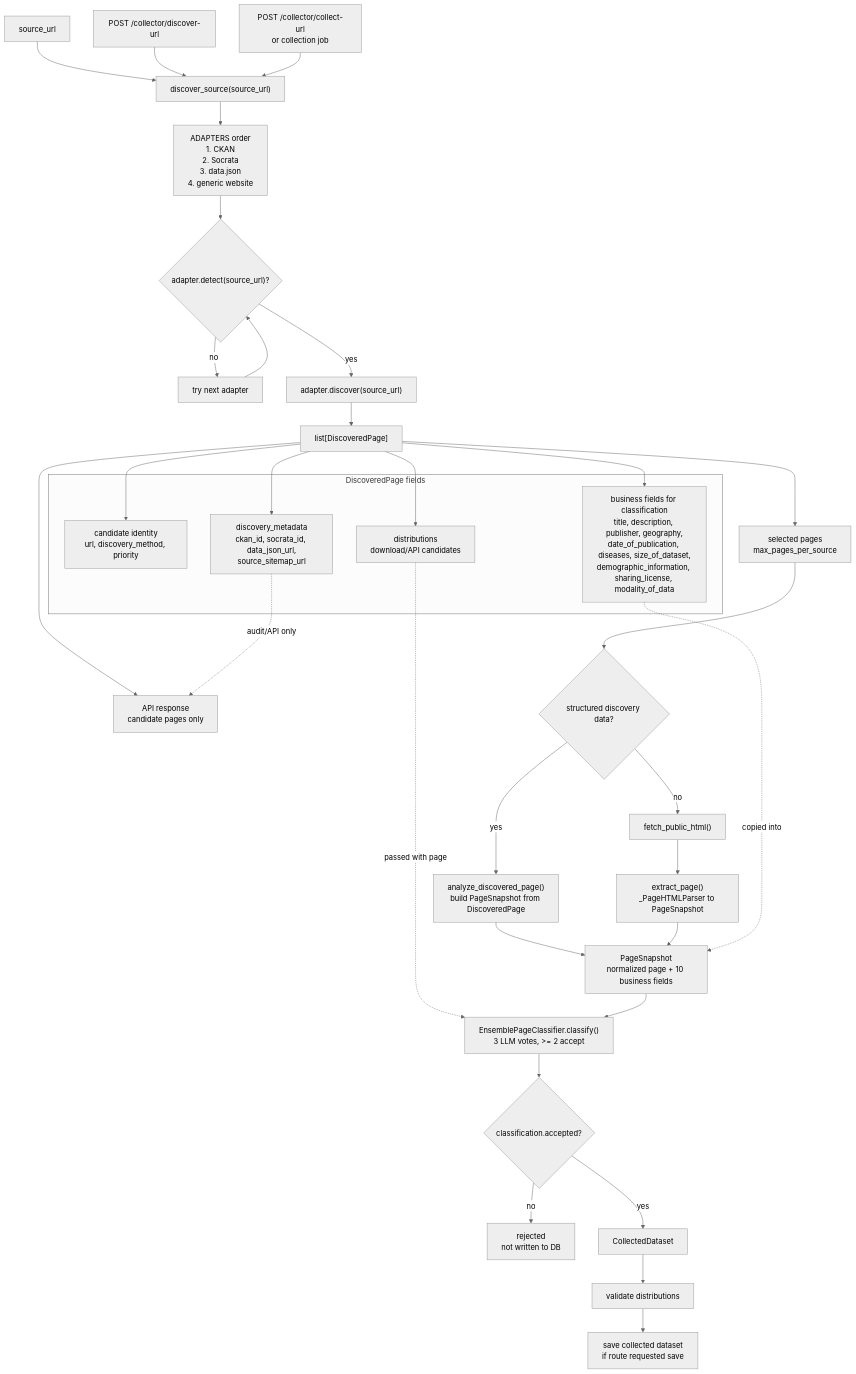
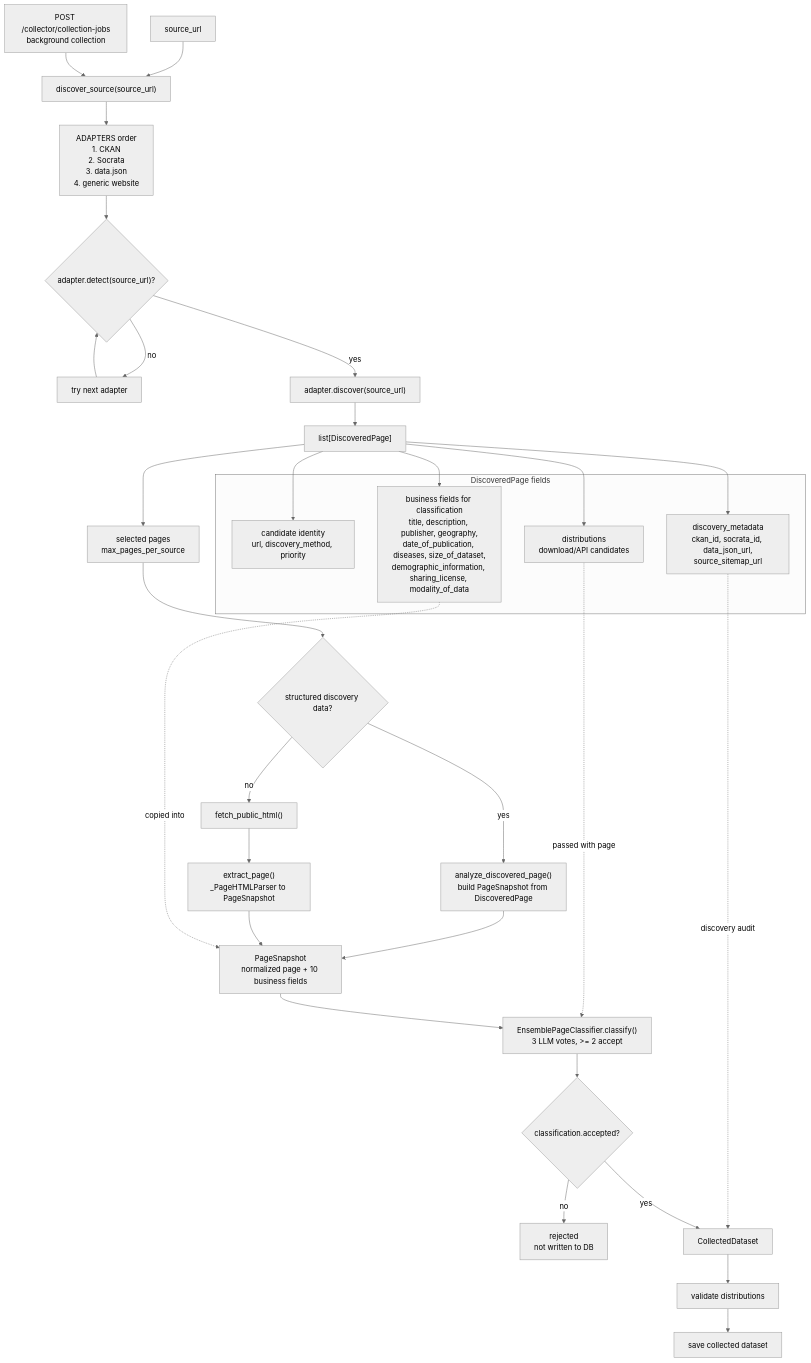
Before and after one commit to nicolasberlin/global-health-dataset-catalog: the fifth of 6 diagrams in docs/collector-pipeline-diagram.md, drawn with Mermaid (neutral theme). The commit also changed other lines of this file and 48 other files, not shown here.

````diff
--- a/docs/collector-pipeline-diagram.md
+++ b/docs/collector-pipeline-diagram.md
@@ -289,58 +264,53 @@
 ```mermaid
 flowchart TD
     SourceURL["source_url"]
     DiscoverSource["discover_source(source_url)"]
     AdapterOrder["ADAPTERS order<br/>1. CKAN<br/>2. Socrata<br/>3. data.json<br/>4. generic website"]
     Detect{"adapter.detect(source_url)?"}
     NextAdapter["try next adapter"]
     Discover["adapter.discover(source_url)"]
     DiscoveredPages["list[DiscoveredPage]"]
 
     SourceURL --> DiscoverSource --> AdapterOrder --> Detect
     Detect -- "no" --> NextAdapter --> Detect
     Detect -- "yes" --> Discover --> DiscoveredPages
 
     subgraph AdapterOutputs["DiscoveredPage fields"]
         CandidateIdentity["candidate identity<br/>url, discovery_method, priority"]
         BusinessFields["business fields for classification<br/>title, description, publisher, geography,<br/>date_of_publication, diseases, size_of_dataset,<br/>demographic_information, sharing_license, modality_of_data"]
         DistributionFields["distributions<br/>download/API candidates"]
         DiscoveryMetadata["discovery_metadata<br/>ckan_id, socrata_id, data_json_url,<br/>source_sitemap_url"]
     end
 
     DiscoveredPages --> CandidateIdentity
     DiscoveredPages --> BusinessFields
     DiscoveredPages --> DistributionFields
     DiscoveredPages --> DiscoveryMetadata
 
-    DiscoverRoute["POST /collector/discover-url"]
-    DiscoveryResponse["API response<br/>candidate pages only"]
-    CollectRoute["POST /collector/collect-url<br/>or collection job"]
+    CollectionJob["POST /collector/collection-jobs<br/>background collection"]
     SelectPages["selected pages<br/>max_pages_per_source"]
     StructuredCheck{"structured discovery data?"}
     DirectSnapshot["analyze_discovered_page()<br/>build PageSnapshot from DiscoveredPage"]
     FetchHTML["fetch_public_html()"]
     ExtractHTML["extract_page()<br/>_PageHTMLParser to PageSnapshot"]
     PageSnapshot["PageSnapshot<br/>normalized page + 10 business fields"]
     Classify["EnsemblePageClassifier.classify()<br/>3 LLM votes, >= 2 accept"]
     Accepted{"classification.accepted?"}
     Rejected["rejected<br/>not written to DB"]
     CollectedDataset["CollectedDataset"]
     Validate["validate distributions"]
-    Save["save collected dataset<br/>if route requested save"]
+    Save["save collected dataset"]
 
-    DiscoverRoute --> DiscoverSource
-    DiscoveredPages --> DiscoveryResponse
-
-    CollectRoute --> DiscoverSource
+    CollectionJob --> DiscoverSource
     DiscoveredPages --> SelectPages --> StructuredCheck
     StructuredCheck -- "yes" --> DirectSnapshot
     StructuredCheck -- "no" --> FetchHTML --> ExtractHTML
     DirectSnapshot --> PageSnapshot
     ExtractHTML --> PageSnapshot
     BusinessFields -. "copied into" .-> PageSnapshot
     DistributionFields -. "passed with page" .-> Classify
-    DiscoveryMetadata -. "audit/API only" .-> DiscoveryResponse
+    DiscoveryMetadata -. "discovery audit" .-> CollectedDataset
     PageSnapshot --> Classify --> Accepted
     Accepted -- "no" --> Rejected
     Accepted -- "yes" --> CollectedDataset --> Validate --> Save
 ```
````
